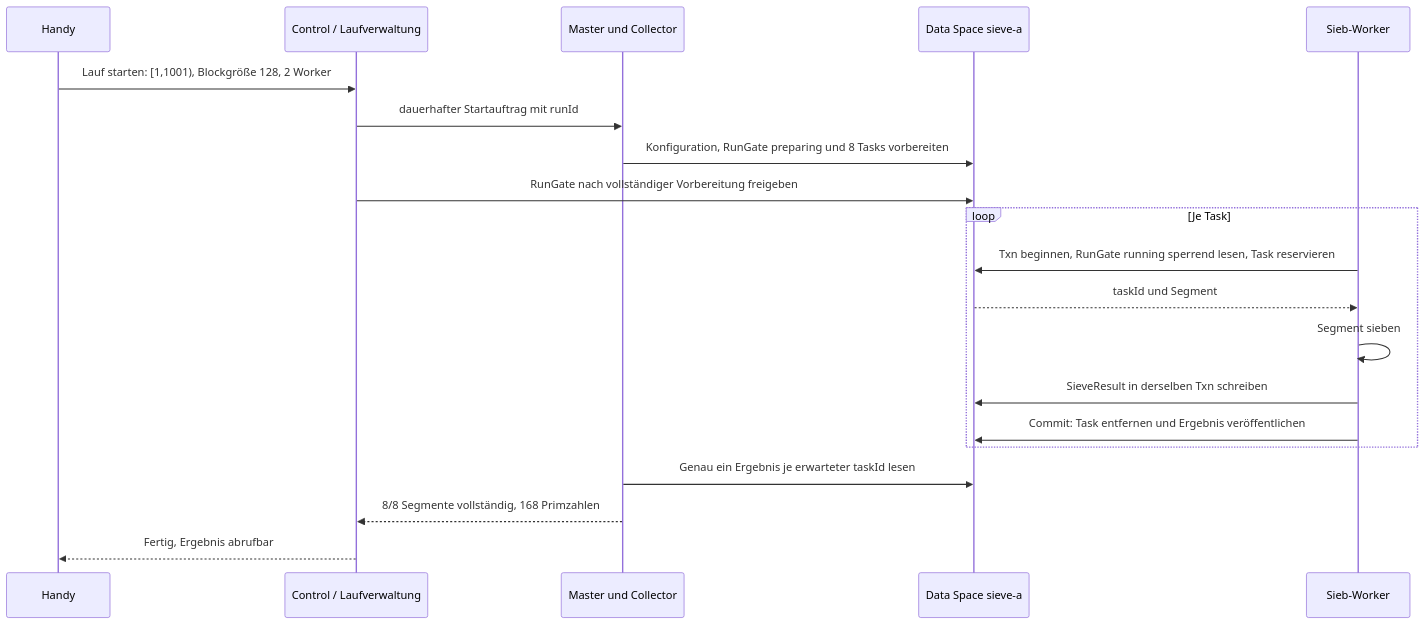
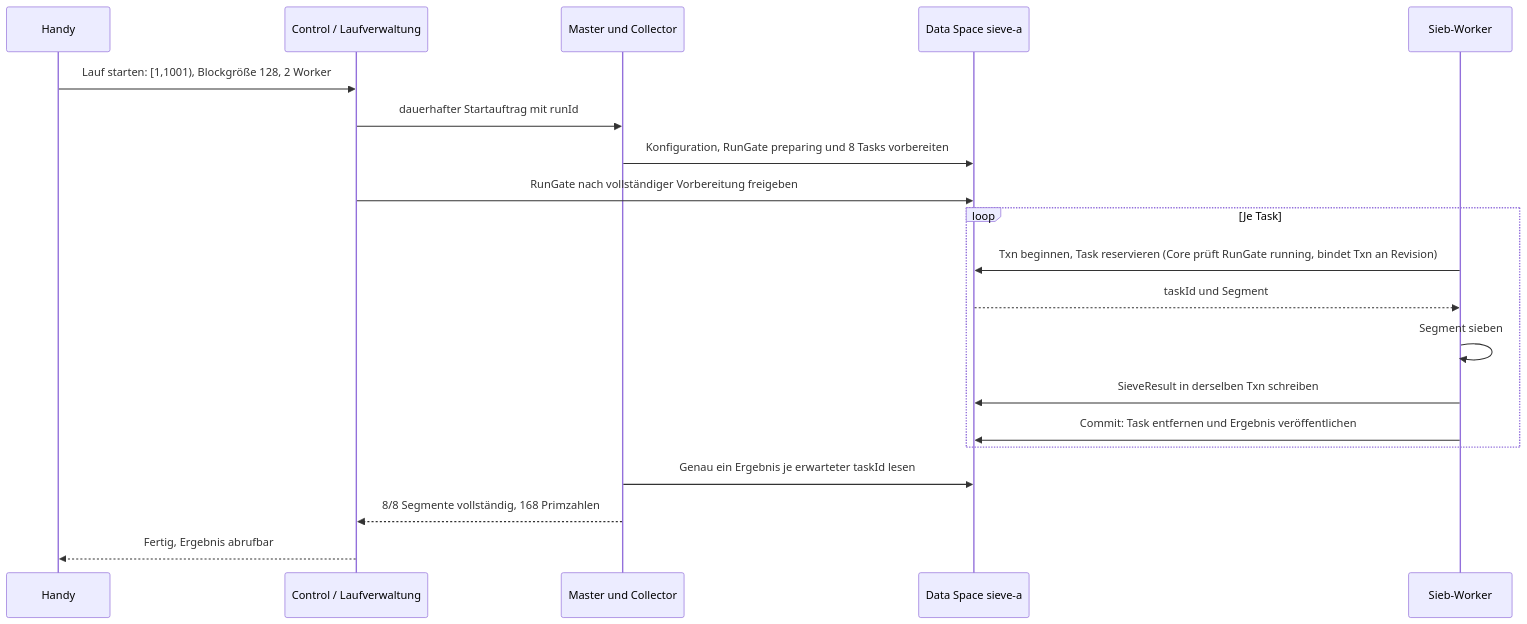
Before and after one commit to jeamy/phi-space: the third of 3 diagrams in docs/betrieb-und-mobile-steuerung.md, drawn with Mermaid. The commit also changed other lines of this file and 39 other files, not shown here.

````diff
--- a/docs/betrieb-und-mobile-steuerung.md
+++ b/docs/betrieb-und-mobile-steuerung.md
@@ -373,22 +401,22 @@
 ```mermaid
 sequenceDiagram
   participant H as Handy
   participant C as Control / Laufverwaltung
   participant M as Master und Collector
   participant S as Data Space sieve-a
   participant W as Sieb-Worker
   H->>C: Lauf starten: [1,1001), Blockgröße 128, 2 Worker
   C->>M: dauerhafter Startauftrag mit runId
   M->>S: Konfiguration, RunGate preparing und 8 Tasks vorbereiten
   C->>S: RunGate nach vollständiger Vorbereitung freigeben
   loop Je Task
-    W->>S: Txn beginnen, RunGate running sperrend lesen, Task reservieren
+    W->>S: Txn beginnen, Task reservieren (Core prüft RunGate running, bindet Txn an Revision)
     S-->>W: taskId und Segment
     W->>W: Segment sieben
     W->>S: SieveResult in derselben Txn schreiben
     W->>S: Commit: Task entfernen und Ergebnis veröffentlichen
   end
   M->>S: Genau ein Ergebnis je erwarteter taskId lesen
   M-->>C: 8/8 Segmente vollständig, 168 Primzahlen
   C-->>H: Fertig, Ergebnis abrufbar
 ```
````
